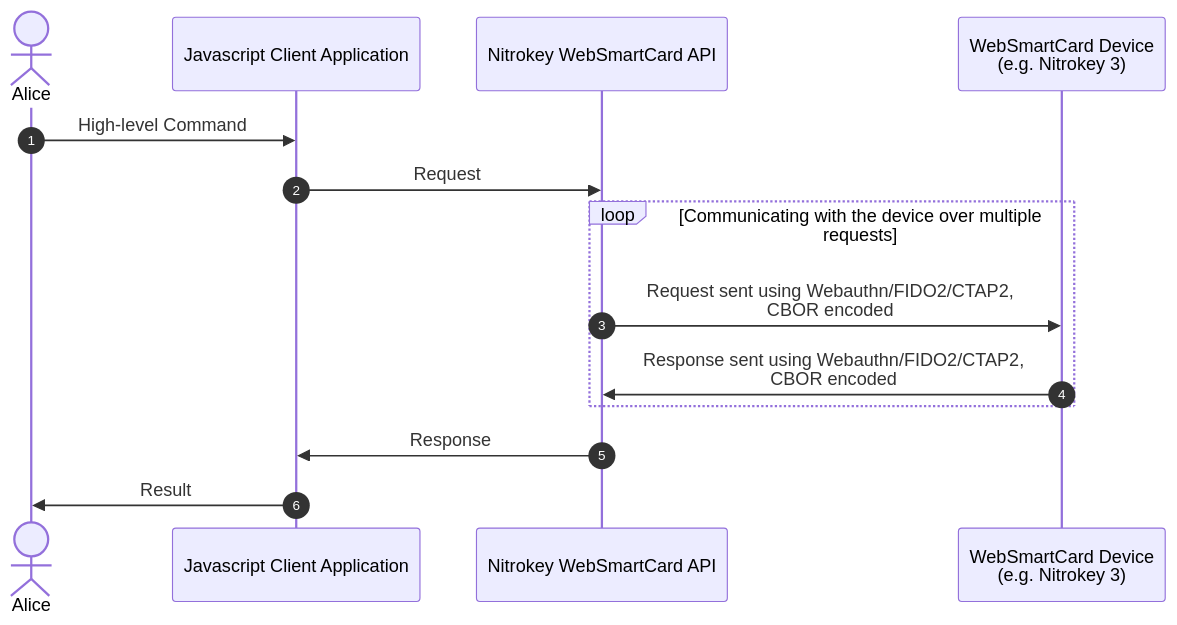
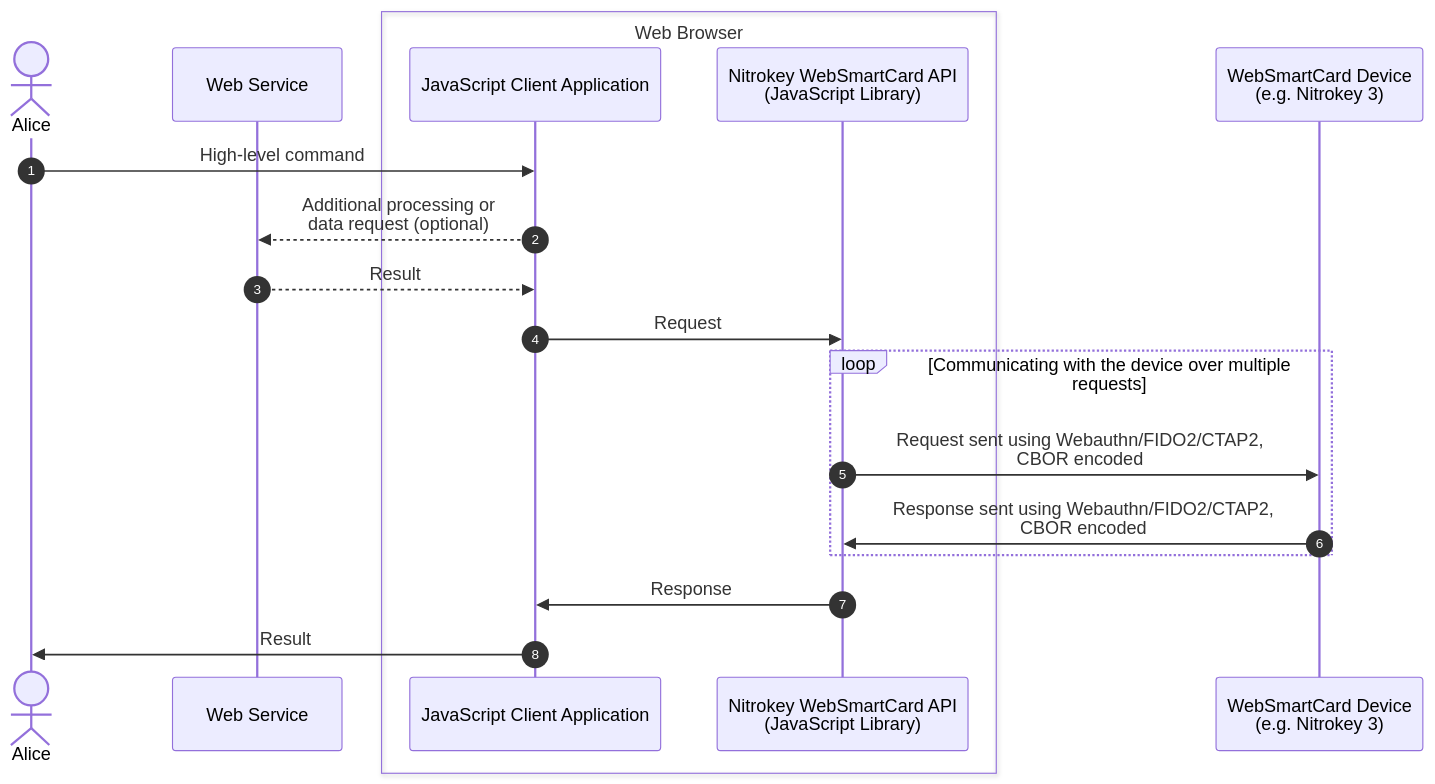
Before and after one commit to Nitrokey/nitrokey-websmartcard: the first of 2 diagrams in README.md, drawn with Mermaid. The commit also changed other lines of this file, not shown here.

Commit message:
Review: enclose in-browser actions in a separate box in the communication channel diagram
To make a better distinction of the environments: web service - browser - device

````diff
--- a/README.md
+++ b/README.md
@@ -96,17 +96,22 @@
 ```mermaid
 sequenceDiagram
     autonumber
     actor Alice
-    participant ClientApp as Javascript Client Application
-    participant API as Nitrokey WebSmartCard API
+    participant service as Web Service
+    box Web Browser
+       participant ClientApp as JavaScript Client Application
+       participant API as Nitrokey WebSmartCard API <br/> (JavaScript Library)
+    end
     participant Device as WebSmartCard Device <br/> (e.g. Nitrokey 3)
 
-    Alice->>ClientApp: High-level Command
+    Alice->>ClientApp: High-level command
+    ClientApp-->>service: Additional processing or <br/> data request (optional)
+    service-->>ClientApp: Result
     ClientApp->>API: Request
-    loop Communicating with the device over multiple requests
-    API->>Device: Request sent using Webauthn/FIDO2/CTAP2, <br /> CBOR encoded
-    Device->>API: Response sent using Webauthn/FIDO2/CTAP2, <br /> CBOR encoded
+    Loop Communicating with the device over multiple requests
+       API->>Device: Request sent using Webauthn/FIDO2/CTAP2, <br /> CBOR encoded
+       Device->>API: Response sent using Webauthn/FIDO2/CTAP2, <br /> CBOR encoded
     end
     API->>ClientApp: Response
     ClientApp->>Alice: Result
 ```
````
